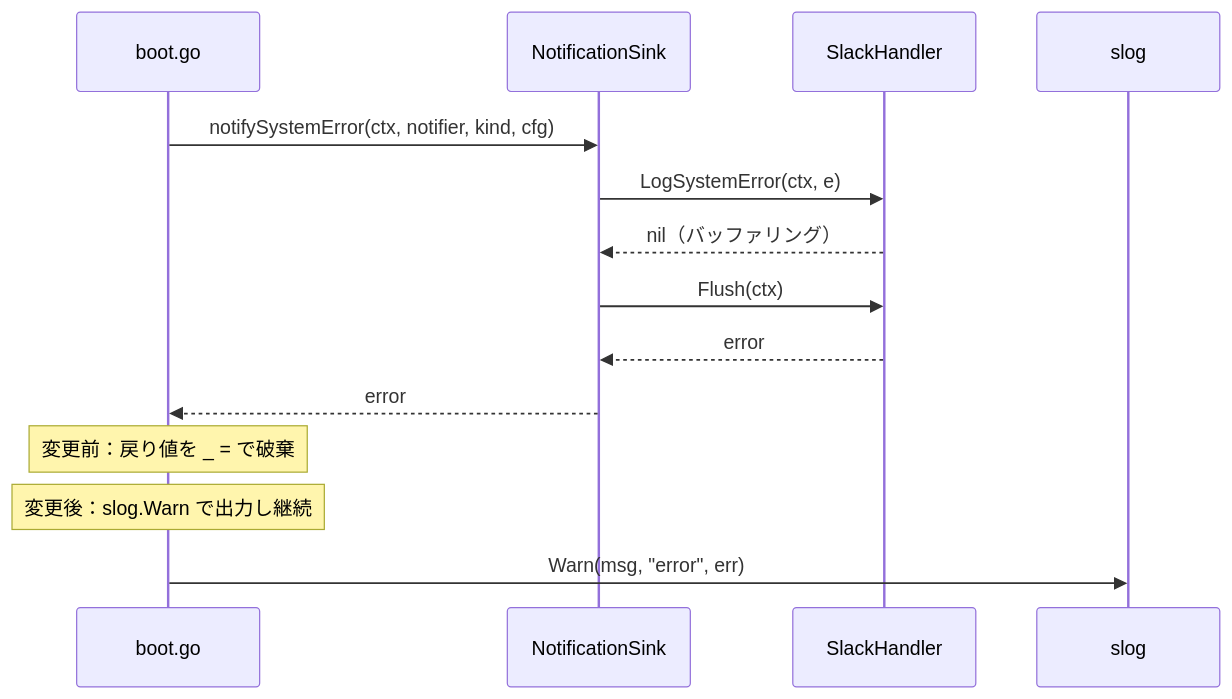
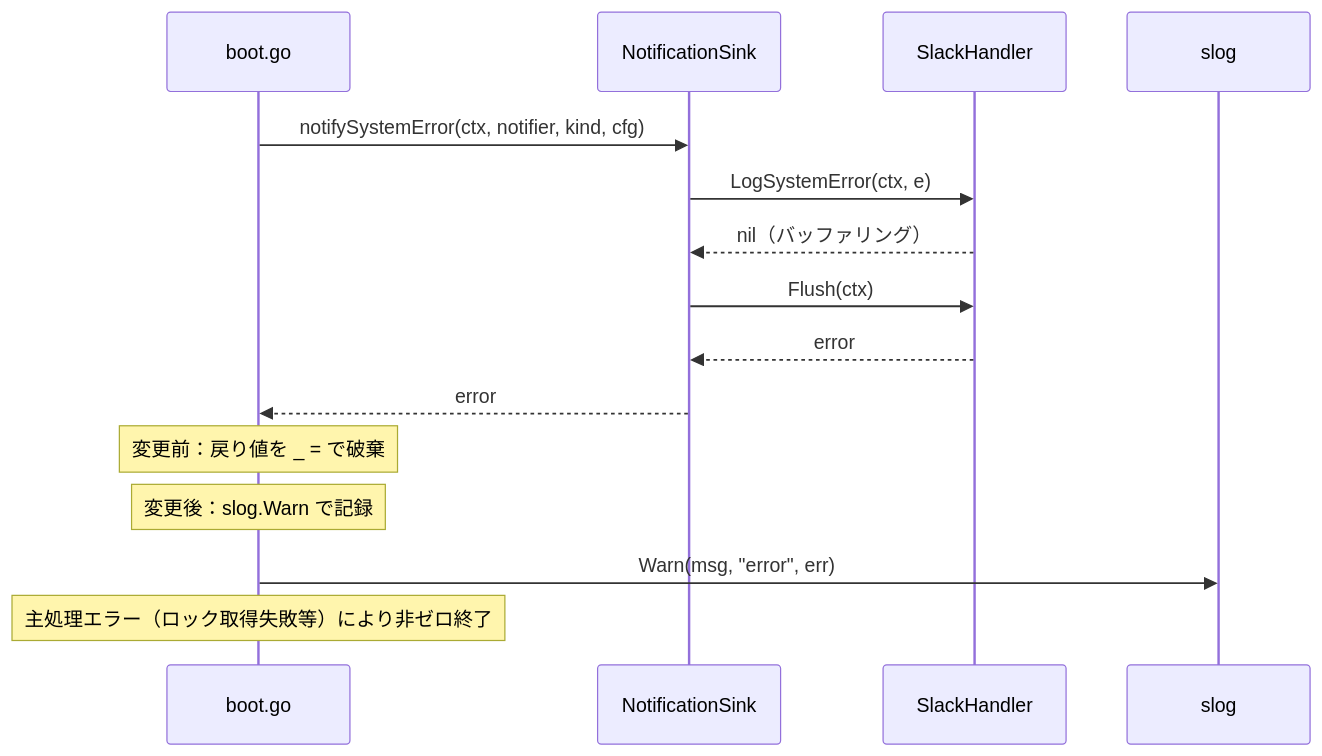
Before and after one commit to isseis/tlsrpt-digest: the seventh of 9 diagrams in docs/tasks/0071_notify_error_logging/02_architecture.md, drawn with Mermaid. The commit also changed other lines of this file, not shown here.

First line of the commit message:
docs(task 0071): address third-pass review of architecture document

````diff
--- a/docs/tasks/0071_notify_error_logging/02_architecture.md
+++ b/docs/tasks/0071_notify_error_logging/02_architecture.md
@@ -286,17 +292,18 @@
 ```mermaid
 sequenceDiagram
     participant Boot as boot.go
     participant NS as NotificationSink
     participant SH as SlackHandler
     participant Log as slog
 
     Boot->>NS: notifySystemError(ctx, notifier, kind, cfg)
     NS->>SH: LogSystemError(ctx, e)
     SH-->>NS: nil（バッファリング）
     NS->>SH: Flush(ctx)
     SH-->>NS: error
     NS-->>Boot: error
     Note over Boot: 変更前：戻り値を _ = で破棄
-    Note over Boot: 変更後：slog.Warn で出力し継続
+    Note over Boot: 変更後：slog.Warn で記録
     Boot->>Log: Warn(msg, "error", err)
+    Note over Boot: 主処理エラー（ロック取得失敗等）により非ゼロ終了
 ```
````
